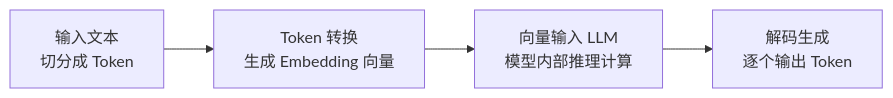
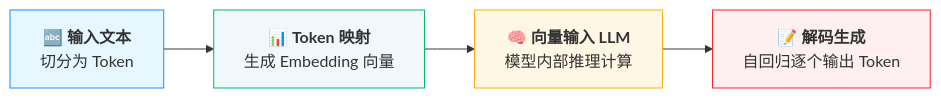
The second of 5 diagrams in content/docs/ai-agent/1-llm.md (techunder/posts), drawn with Mermaid before and after one commit. The commit also changed other lines of this file and 2 other files, not shown here.

````diff
--- a/content/docs/ai-agent/1-llm.md
+++ b/content/docs/ai-agent/1-llm.md
@@ -159,11 +159,16 @@
 ```mermaid
 flowchart LR
-    A["输入文本<br/>切分成 Token"]
-    B["Token 转换<br/>生成 Embedding 向量"]
-    C["向量输入 LLM<br/>模型内部推理计算"]
-    D["解码生成<br/>逐个输出 Token"]
+    A["🔤 <b>输入文本</b><br/>切分为 Token"]
+    B["📊 <b>Token 映射</b><br/>生成 Embedding 向量"]
+    C["🧠 <b>向量输入 LLM</b><br/>模型内部推理计算"]
+    D["📝 <b>解码生成</b><br/>自回归逐个输出 Token"]
 
     A --> B
     B --> C
     C --> D
+
+    style A fill:#e6f7ff,stroke:#1890ff,rounded:true
+    style B fill:#f0f8fb,stroke:#00b96b,rounded:true
+    style C fill:#fff7e6,stroke:#faad14,rounded:true
+    style D fill:#fef0f0,stroke:#f5222d,rounded:true
 ```
````
